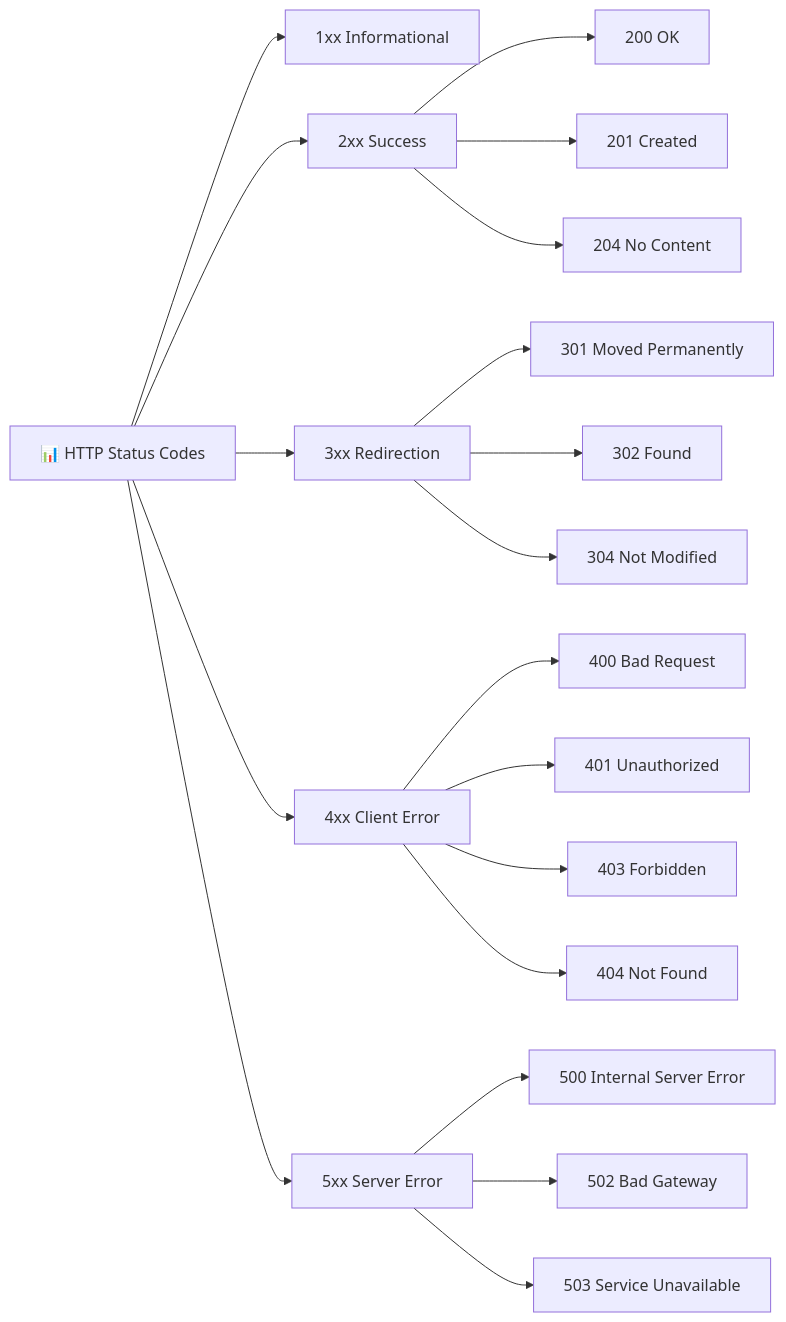
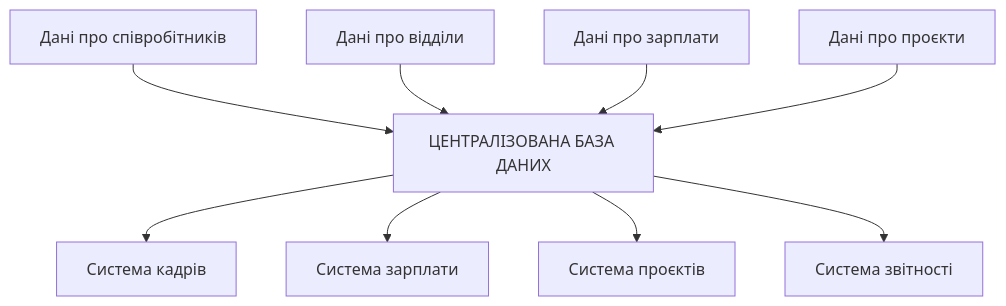
One commit to olroi421/course-bd changed the third of 12 diagrams in docs/lectures/lecture-01.md. Above: the diagram before and after it, drawn with Mermaid. The commit also changed other lines of this file and 1 other file, not shown here.

````diff
--- a/docs/lectures/lecture-01.md
+++ b/docs/lectures/lecture-01.md
@@ -324,25 +413,12 @@
 ```mermaid
-graph LR
-    A[📊 HTTP Status Codes] --> B[1xx Informational]
-    A --> C[2xx Success]
-    A --> D[3xx Redirection]
-    A --> E[4xx Client Error]
-    A --> F[5xx Server Error]
+graph TD
+    A[ЦЕНТРАЛІЗОВАНА БАЗА ДАНИХ] --> B[Система кадрів]
+    A --> C[Система зарплати]
+    A --> D[Система проєктів]
+    A --> E[Система звітності]
 
-    C --> C1[200 OK]
-    C --> C2[201 Created]
-    C --> C3[204 No Content]
-
-    D --> D1[301 Moved Permanently]
-    D --> D2[302 Found]
-    D --> D3[304 Not Modified]
-
-    E --> E1[400 Bad Request]
-    E --> E2[401 Unauthorized]
-    E --> E3[403 Forbidden]
-    E --> E4[404 Not Found]
-
-    F --> F1[500 Internal Server Error]
-    F --> F2[502 Bad Gateway]
-    F --> F3[503 Service Unavailable]
+    F[Дані про співробітників] --> A
+    G[Дані про відділи] --> A
+    H[Дані про зарплати] --> A
+    I[Дані про проєкти] --> A
 ```
````
